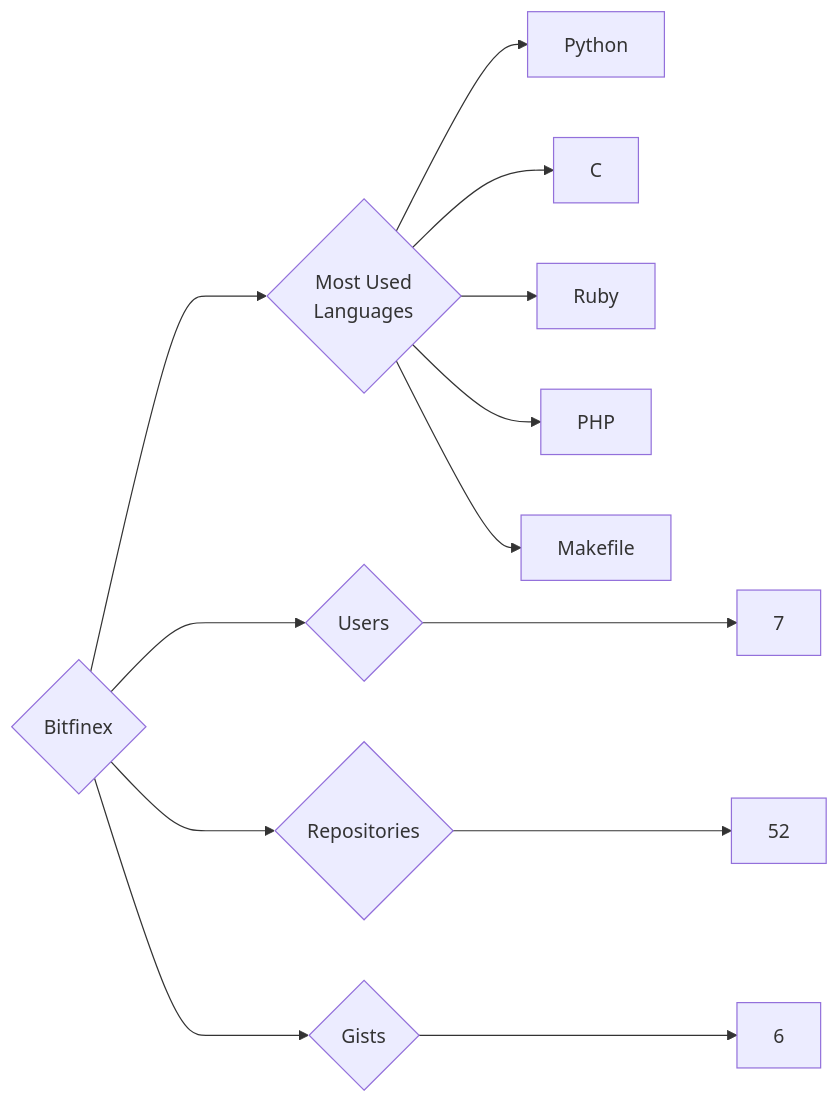
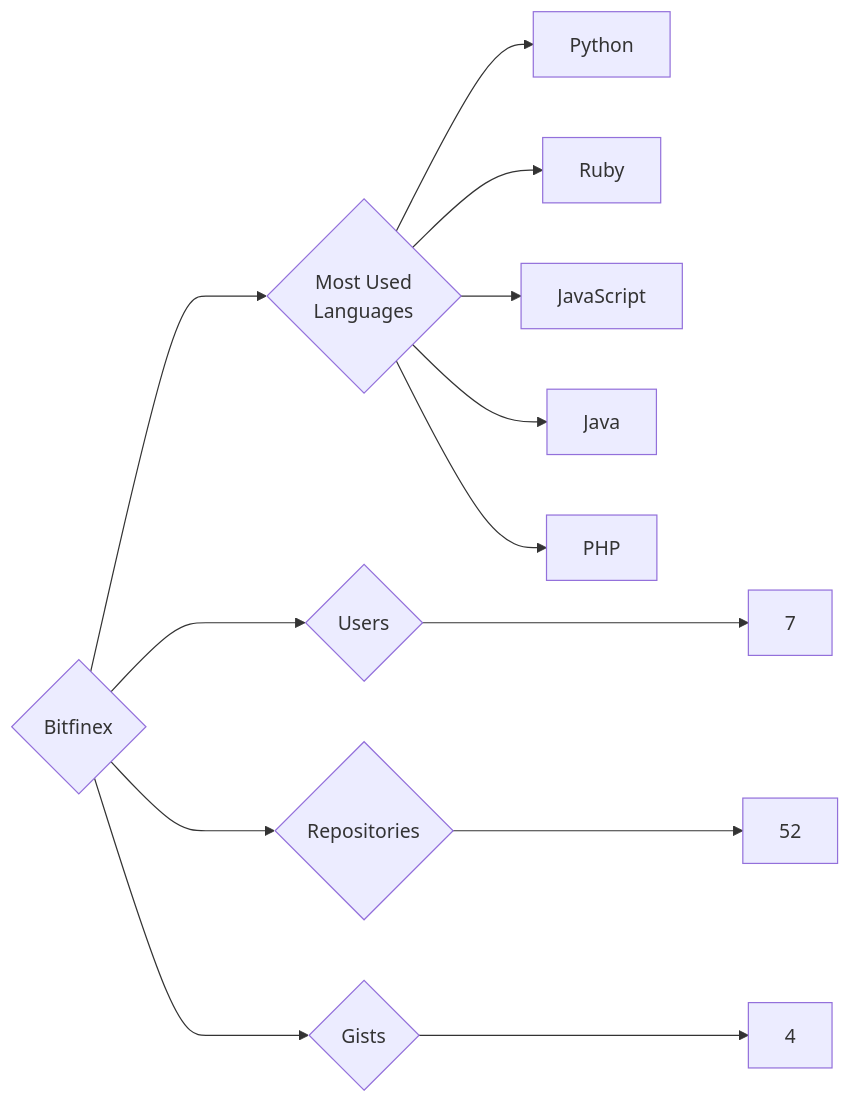
Before and after one commit to trickest/insiders: the diagram in targets/Bitfinex/README.md, drawn with Mermaid. The commit also changed 993 other files, not shown here.

````diff
--- a/targets/Bitfinex/README.md
+++ b/targets/Bitfinex/README.md
@@ -3,13 +3,13 @@
 ```mermaid
 graph LR
 COMPANY_NAME{Bitfinex}
 COMPANY_NAME ---> U{Users} ---> UN[7]
 COMPANY_NAME ---> R{Repositories} ---> RN[52]
-COMPANY_NAME ---> G{Gists} ---> GN[6]
+COMPANY_NAME ---> G{Gists} ---> GN[4]
 COMPANY_NAME ---> ML{Most Used<br>Languages}
 ML --> Python[Python]
-ML --> C[C]
 ML --> Ruby[Ruby]
+ML --> JavaScript[JavaScript]
+ML --> Java[Java]
 ML --> PHP[PHP]
-ML --> Makefile[Makefile]
 ```
````
